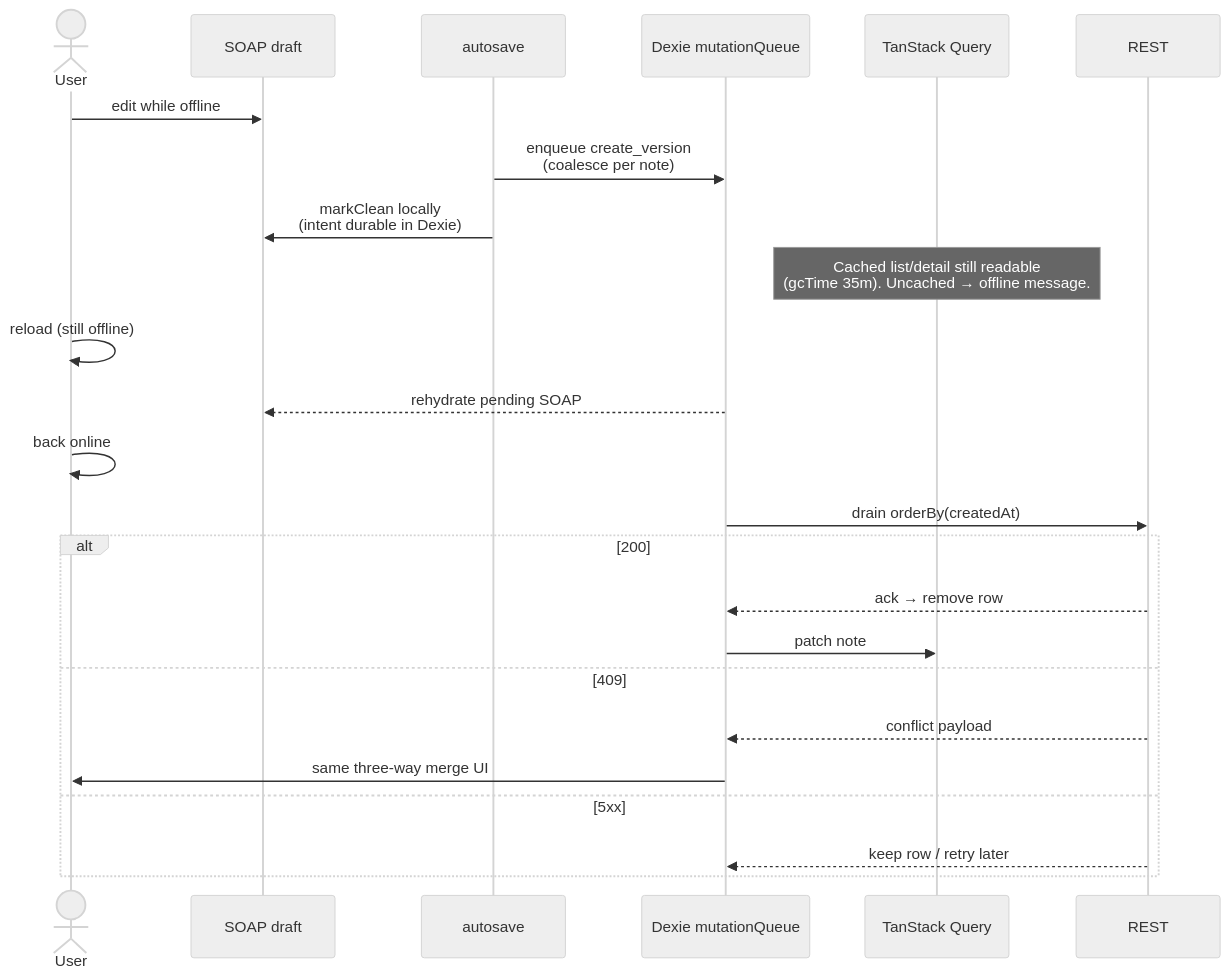
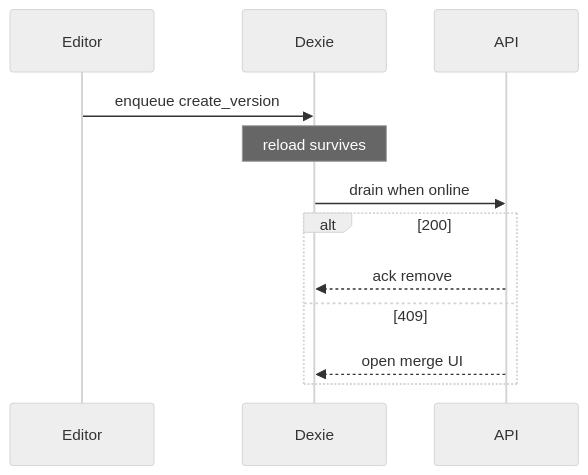
Before and after one commit to rickyssj2/cliniq-notes-ai: the diagram in docs/06-sequence-offline-queue.md, drawn with Mermaid (neutral theme). The commit also changed other lines of this file and 46 other files, not shown here.

````diff
--- a/docs/06-sequence-offline-queue.md
+++ b/docs/06-sequence-offline-queue.md
@@ -7,29 +40,14 @@
 ```mermaid
 sequenceDiagram
-  actor User
-  participant Editor as SOAP draft
-  participant Saver as autosave
-  participant DX as Dexie mutationQueue
-  participant TQ as TanStack Query
-  participant API as REST
-
-  User->>Editor: edit while offline
-  Saver->>DX: enqueue create_version<br/>(coalesce per note)
-  Saver->>Editor: markClean locally<br/>(intent durable in Dexie)
-  Note over TQ: Cached list/detail still readable<br/>(gcTime 35m). Uncached → offline message.
-
-  User->>User: reload (still offline)
-  DX-->>Editor: rehydrate pending SOAP
-
-  User->>User: back online
-  DX->>API: drain orderBy(createdAt)
+  participant Editor
+  participant DX as Dexie
+  participant API
+  Editor->>DX: enqueue create_version
+  Note over DX: reload survives
+  DX->>API: drain when online
   alt 200
-    API-->>DX: ack → remove row
-    DX->>TQ: patch note
+    API-->>DX: ack remove
   else 409
-    API-->>DX: conflict payload
-    DX->>User: same three-way merge UI
-  else 5xx
-    API-->>DX: keep row / retry later
+    API-->>DX: open merge UI
   end
 ```
````
